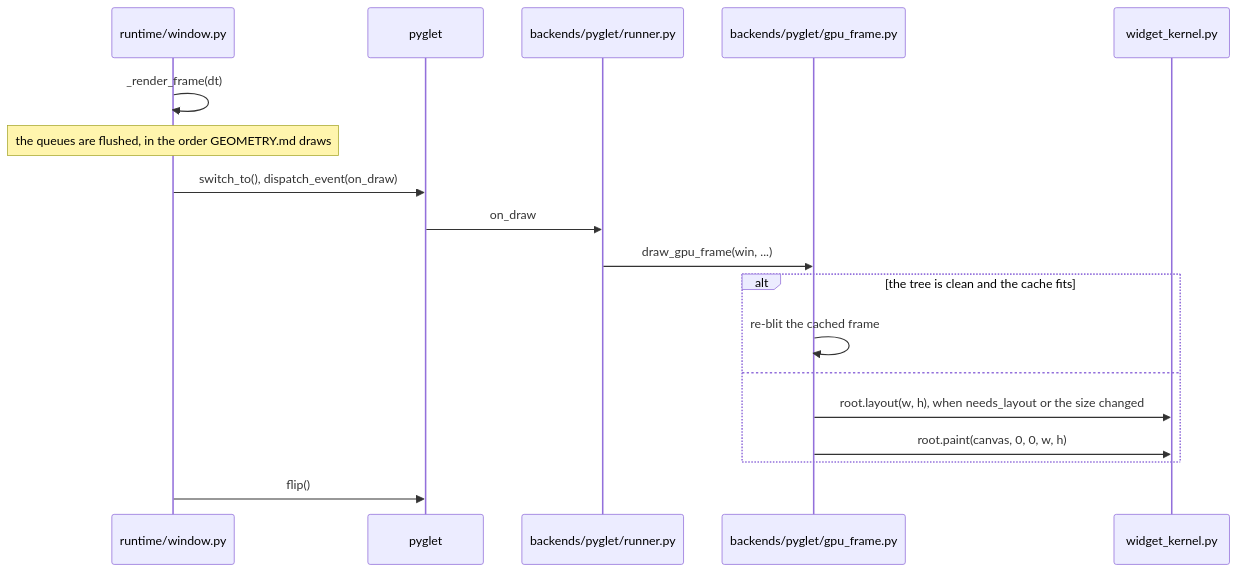
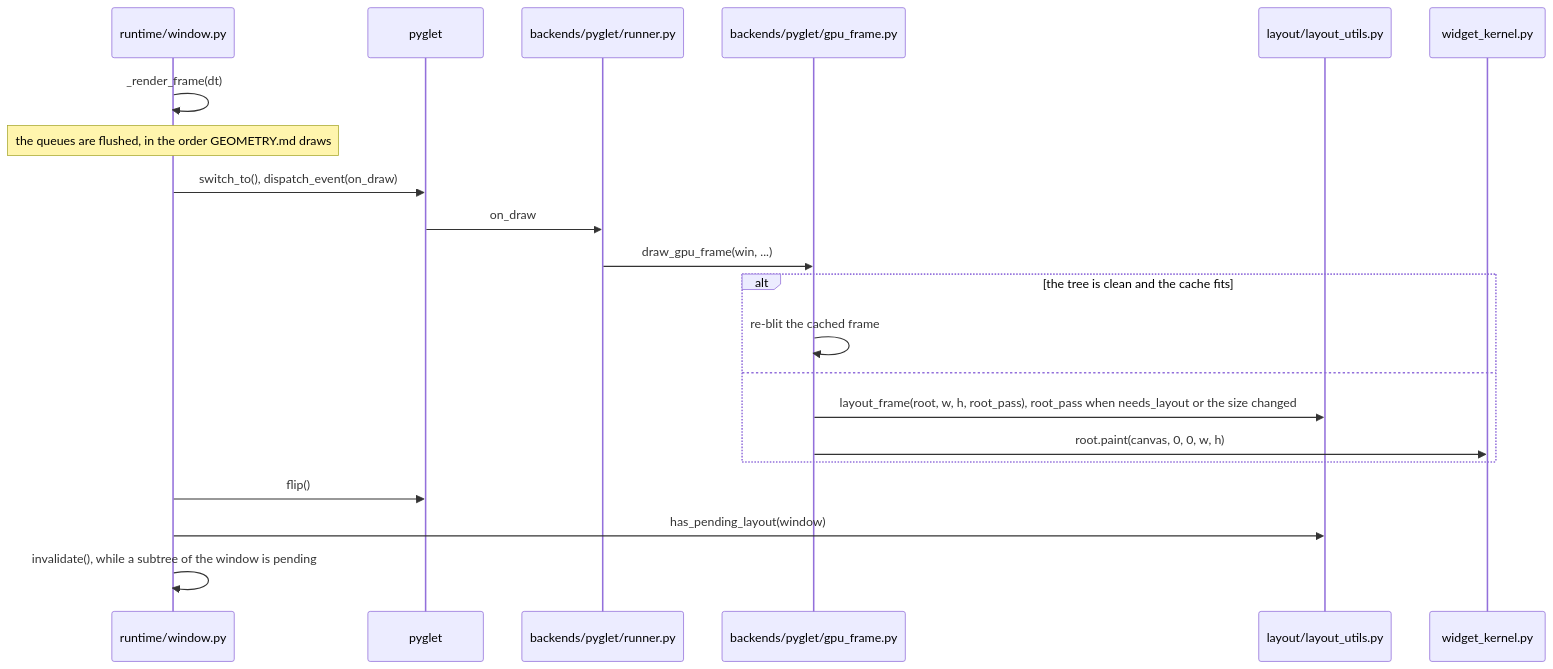
One commit to yuksblog/nuiitivet changed the sixth of 10 diagrams in docs/design/RENDERING_PIPELINE.md. Above: the diagram before and after it, drawn with Mermaid. The commit also changed other lines of this file and 18 other files, not shown here.

First line of the commit message:
fix(layout): stop a late frame from blanking the window

````diff
--- a/docs/design/RENDERING_PIPELINE.md
+++ b/docs/design/RENDERING_PIPELINE.md
@@ -202,21 +208,24 @@
 ```mermaid
 sequenceDiagram
     participant W as runtime/window.py
     participant P as pyglet
     participant R as backends/pyglet/runner.py
     participant G as backends/pyglet/gpu_frame.py
+    participant U as layout/layout_utils.py
     participant K as widget_kernel.py
 
     W->>W: _render_frame(dt)
     Note over W: the queues are flushed, in the order GEOMETRY.md draws
     W->>P: switch_to(), dispatch_event(on_draw)
     P->>R: on_draw
     R->>G: draw_gpu_frame(win, ...)
     alt the tree is clean and the cache fits
         G->>G: re-blit the cached frame
     else
-        G->>K: root.layout(w, h), when needs_layout or the size changed
+        G->>U: layout_frame(root, w, h, root_pass), root_pass when needs_layout or the size changed
         G->>K: root.paint(canvas, 0, 0, w, h)
     end
     W->>P: flip()
+    W->>U: has_pending_layout(window)
+    W->>W: invalidate(), while a subtree of the window is pending
 ```
````
